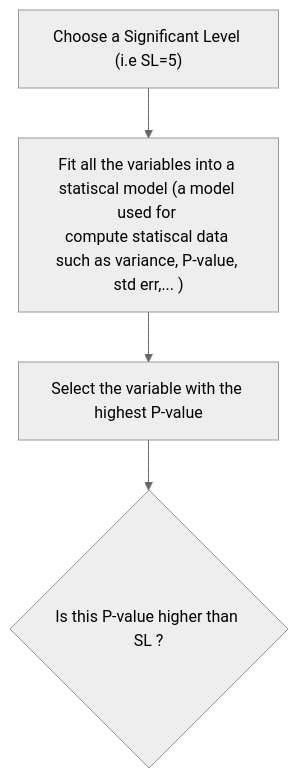
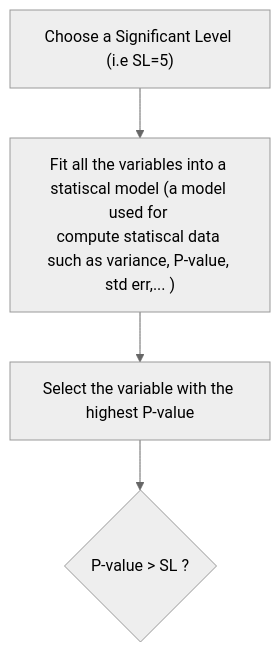
One commit to danny-dang/datascience-cheatsheet changed the diagram in Data Science Cheatsheet/Machine Learning.md. Above: the diagram before and after it, drawn with Mermaid (neutral theme). The commit also changed other lines of this file, not shown here.

````diff
--- a/Data Science Cheatsheet/Machine Learning.md
+++ b/Data Science Cheatsheet/Machine Learning.md
@@ -233,7 +233,7 @@
 	```mermaid
 	graph TD
 	A["Choose a Significant Level (i.e SL=5)"]
 	A --> B["Fit all the variables into a statiscal model (a model used for </br>compute statiscal data such as variance, P-value, std err,... )"]
 	B --> C[Select the variable with the highest P-value]
-	C --> D{Is this P-value higher than SL ?}
+	C --> D{P-value > SL ?}
 	```
````
